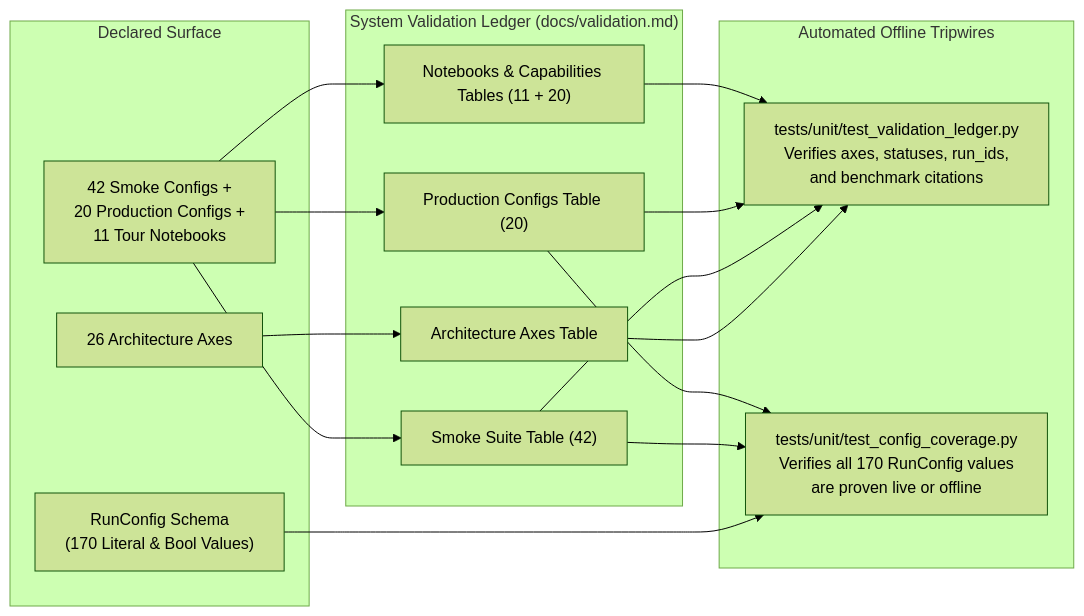
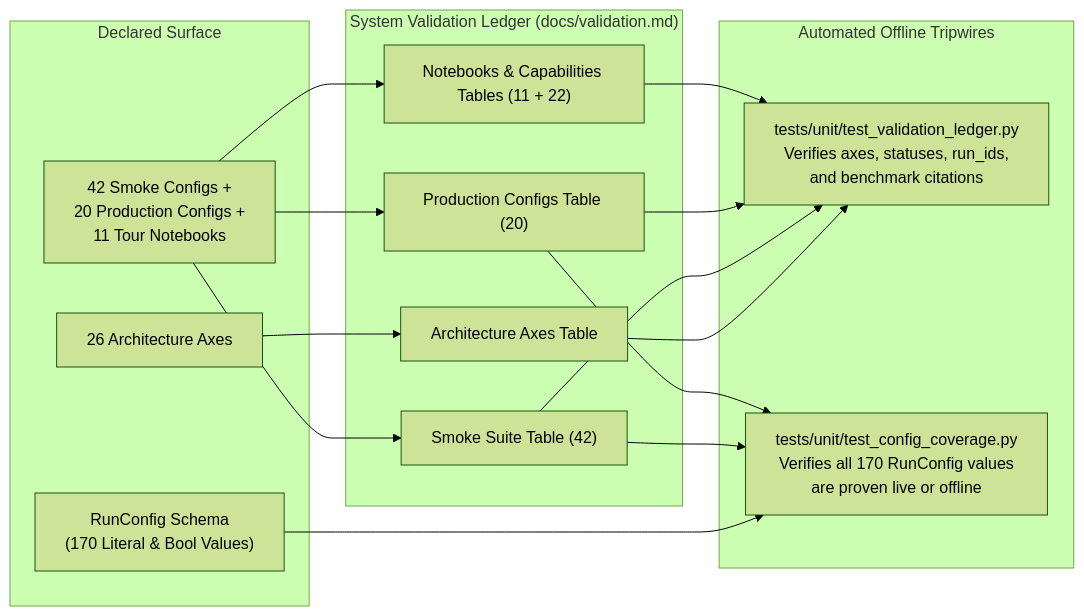
One commit to statmike/scale-forecasting changed the diagram in docs/validation.md. Above: the diagram before and after it, drawn with Mermaid (forest theme). The commit also changed other lines of this file and 70 other files, not shown here.

````diff
--- a/docs/validation.md
+++ b/docs/validation.md
@@ -7,25 +7,25 @@
 ```mermaid
 flowchart LR
     subgraph Surface["Declared Surface"]
         Axes["26 Architecture Axes"]
         RunCfg["RunConfig Schema<br/>(170 Literal & Bool Values)"]
         Configs["42 Smoke Configs +<br/>20 Production Configs +<br/>11 Tour Notebooks"]
     end
 
     subgraph Ledger["System Validation Ledger (docs/validation.md)"]
         T1["Architecture Axes Table"]
         T2["Smoke Suite Table (42)"]
         T3["Production Configs Table (20)"]
-        T4["Notebooks & Capabilities Tables (11 + 20)"]
+        T4["Notebooks & Capabilities Tables (11 + 22)"]
     end
 
     subgraph Gates["Automated Offline Tripwires"]
         VTest["tests/unit/test_validation_ledger.py<br/>Verifies axes, statuses, run_ids,<br/>and benchmark citations"]
         CTest["tests/unit/test_config_coverage.py<br/>Verifies all 170 RunConfig values<br/>are proven live or offline"]
     end
 
     Axes --> T1
     Configs --> T2 & T3 & T4
     T1 & T2 & T3 & T4 --> VTest
     RunCfg & T2 & T3 --> CTest
 ```
````
